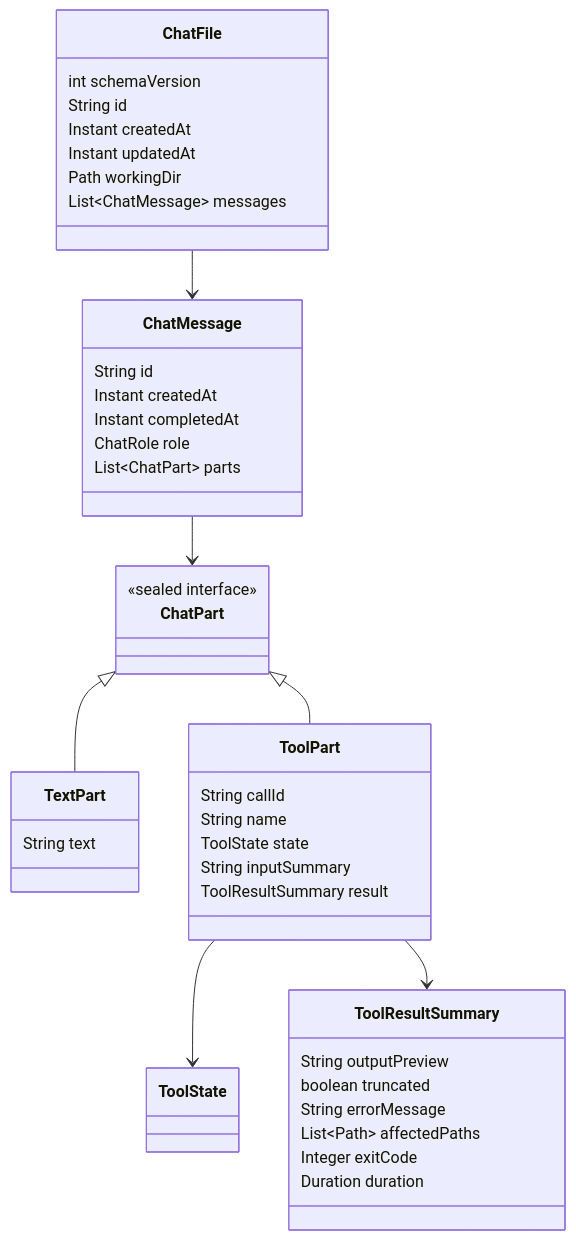
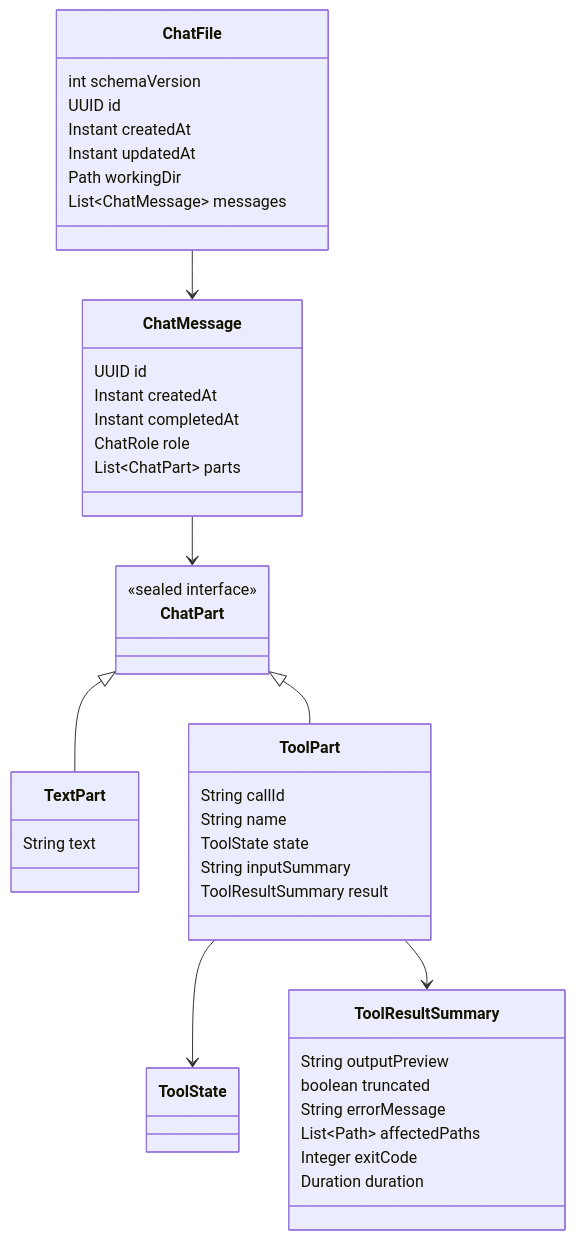
Before and after one commit to codegeist-ai/codegeist: the fourth of 6 diagrams in docs/tasks/T007_build-codegeist-runtime-harness/java-workflow-implementation.md, drawn with Mermaid. The commit also changed 47 other files, not shown here.

````diff
--- a/docs/tasks/T007_build-codegeist-runtime-harness/java-workflow-implementation.md
+++ b/docs/tasks/T007_build-codegeist-runtime-harness/java-workflow-implementation.md
@@ -289,53 +289,53 @@
 ```mermaid
 classDiagram
     direction TB
 
     class ChatFile {
       int schemaVersion
-      String id
+      UUID id
       Instant createdAt
       Instant updatedAt
       Path workingDir
       List~ChatMessage~ messages
     }
 
     class ChatMessage {
-      String id
+      UUID id
       Instant createdAt
       Instant completedAt
       ChatRole role
       List~ChatPart~ parts
     }
 
     class ChatPart {
       <<sealed interface>>
     }
 
     class TextPart {
       String text
     }
 
     class ToolPart {
       String callId
       String name
       ToolState state
       String inputSummary
       ToolResultSummary result
     }
 
     class ToolResultSummary {
       String outputPreview
       boolean truncated
       String errorMessage
       List~Path~ affectedPaths
       Integer exitCode
       Duration duration
     }
 
     ChatFile --> ChatMessage
     ChatMessage --> ChatPart
     ChatPart <|-- TextPart
     ChatPart <|-- ToolPart
     ToolPart --> ToolState
     ToolPart --> ToolResultSummary
 ```
````
